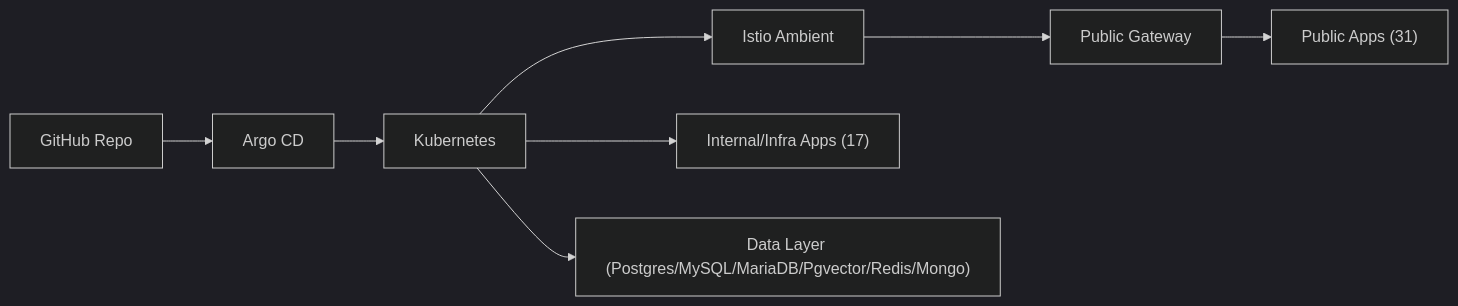
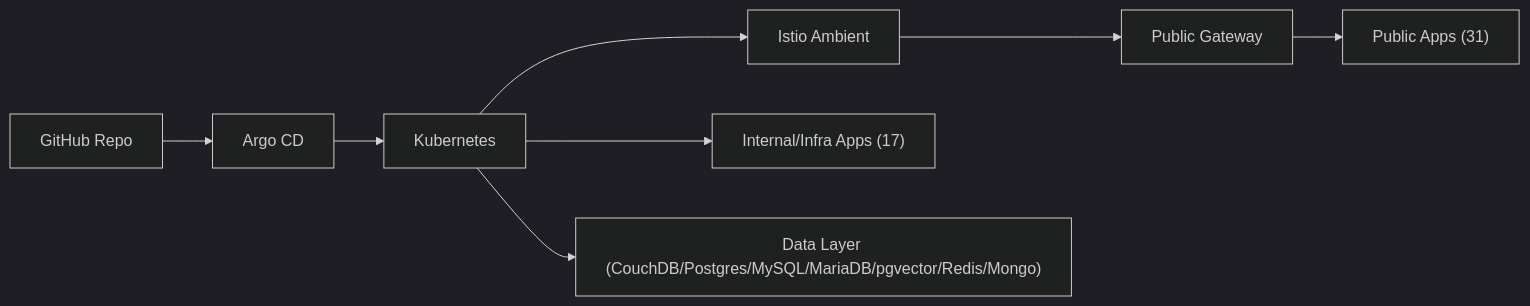
One commit to noeulnight/homelab changed the diagram in README.md. Above: the diagram before and after it, drawn with Mermaid (dark theme). The commit also changed other lines of this file, not shown here.

````diff
--- a/README.md
+++ b/README.md
@@ -13,10 +15,10 @@
 ```mermaid
 flowchart LR
   GitHub["GitHub Repo"] --> Argo["Argo CD"]
   Argo --> K8s["Kubernetes"]
   K8s --> Istio["Istio Ambient"]
   Istio --> Gateway["Public Gateway"]
   Gateway --> PublicApps["Public Apps (31)"]
   K8s --> InternalApps["Internal/Infra Apps (17)"]
-  K8s --> Data["Data Layer (Postgres/MySQL/MariaDB/Pgvector/Redis/Mongo)"]
+  K8s --> Data["Data Layer (CouchDB/Postgres/MySQL/MariaDB/pgvector/Redis/Mongo)"]
 ```
````
